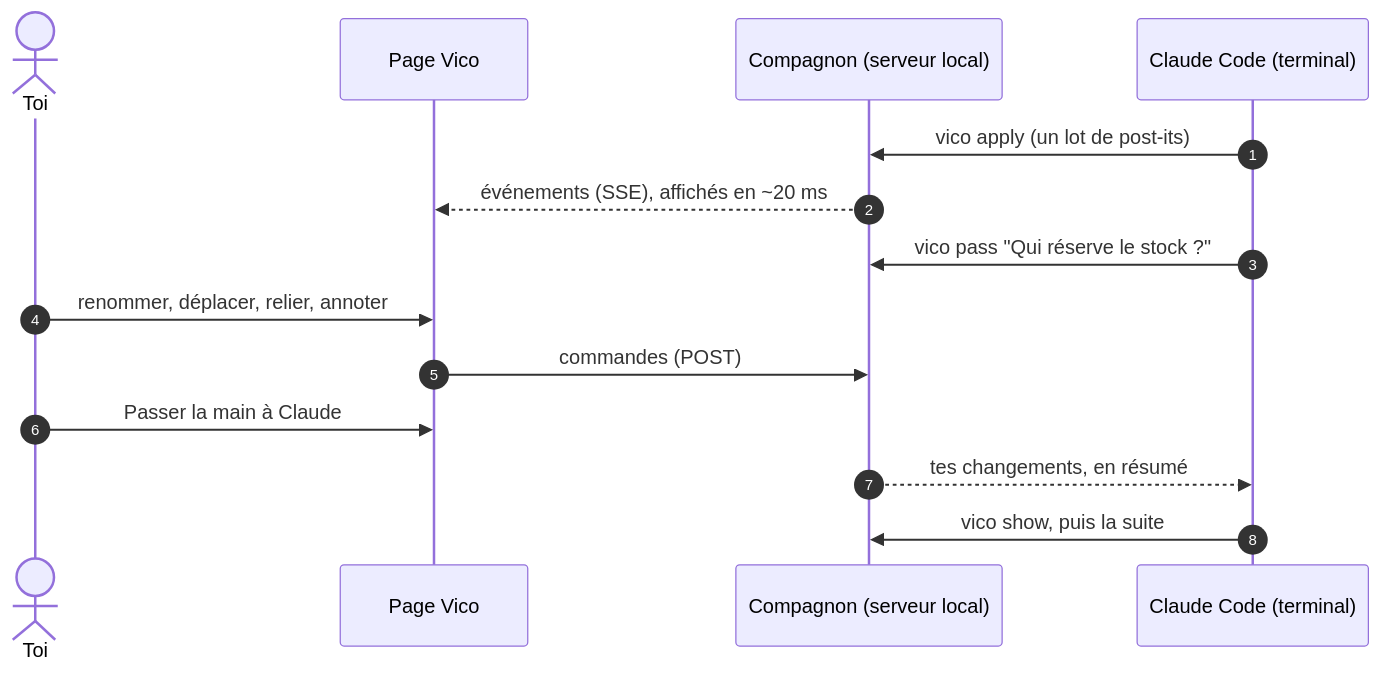
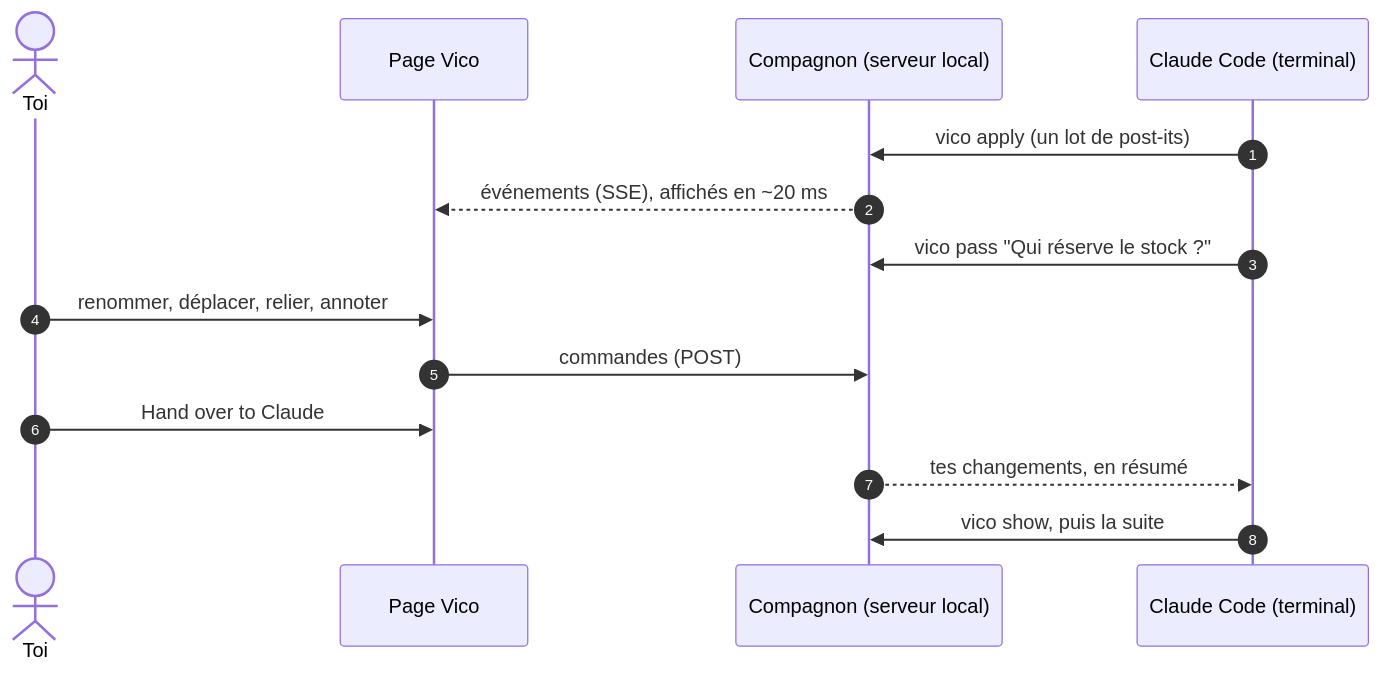
The first of 2 diagrams in README.md (bastien-gallay/sideco), drawn with Mermaid before and after one commit. The commit also changed other lines of this file and 39 other files, not shown here.

````diff
--- a/README.md
+++ b/README.md
@@ -53,17 +53,17 @@
 ```mermaid
 sequenceDiagram
     autonumber
     actor Toi
     participant Page as Page Vico
     participant Vico as Compagnon (serveur local)
     participant Claude as Claude Code (terminal)
 
     Claude->>Vico: vico apply (un lot de post-its)
     Vico-->>Page: événements (SSE), affichés en ~20 ms
     Claude->>Vico: vico pass "Qui réserve le stock ?"
     Toi->>Page: renommer, déplacer, relier, annoter
     Page->>Vico: commandes (POST)
-    Toi->>Page: Passer la main à Claude
+    Toi->>Page: Hand over to Claude
     Vico-->>Claude: tes changements, en résumé
     Claude->>Vico: vico show, puis la suite
 ```
````
